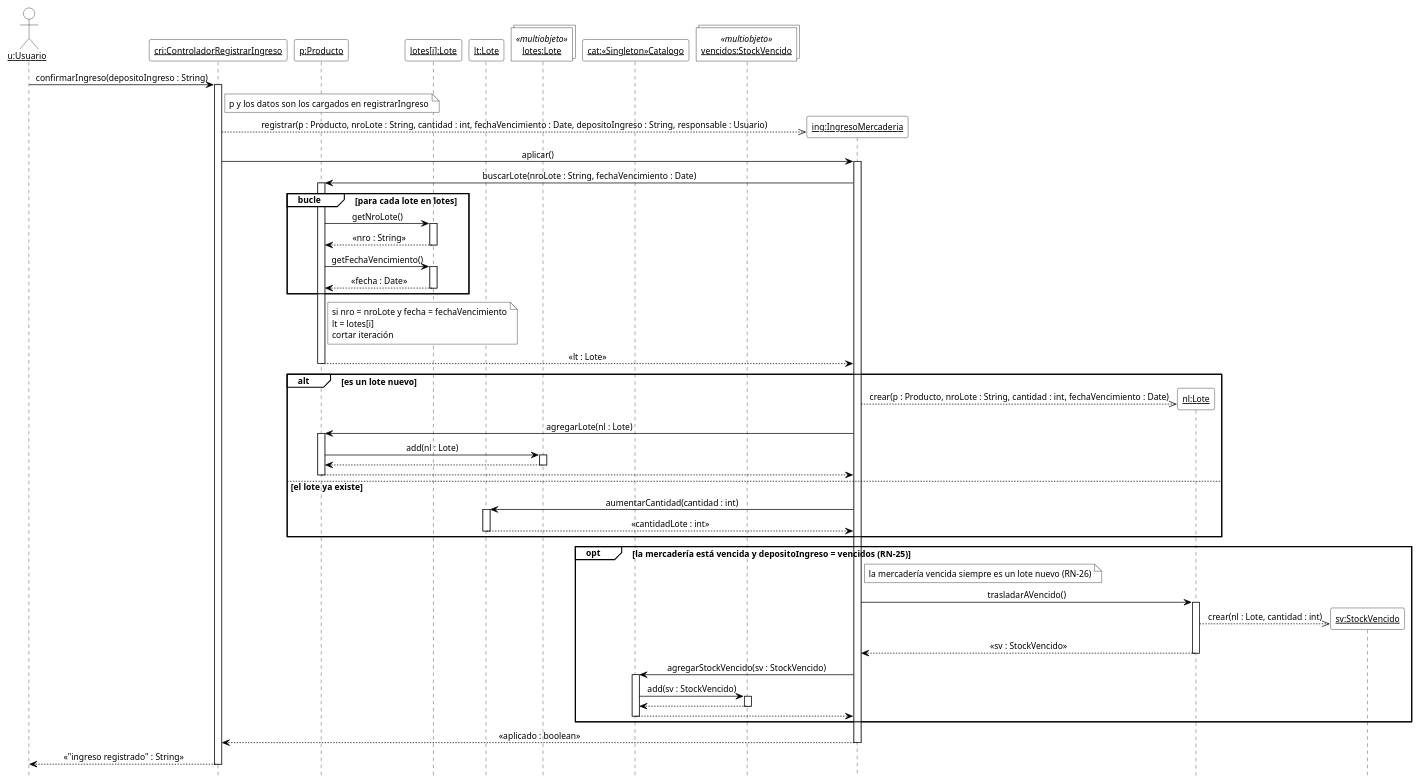
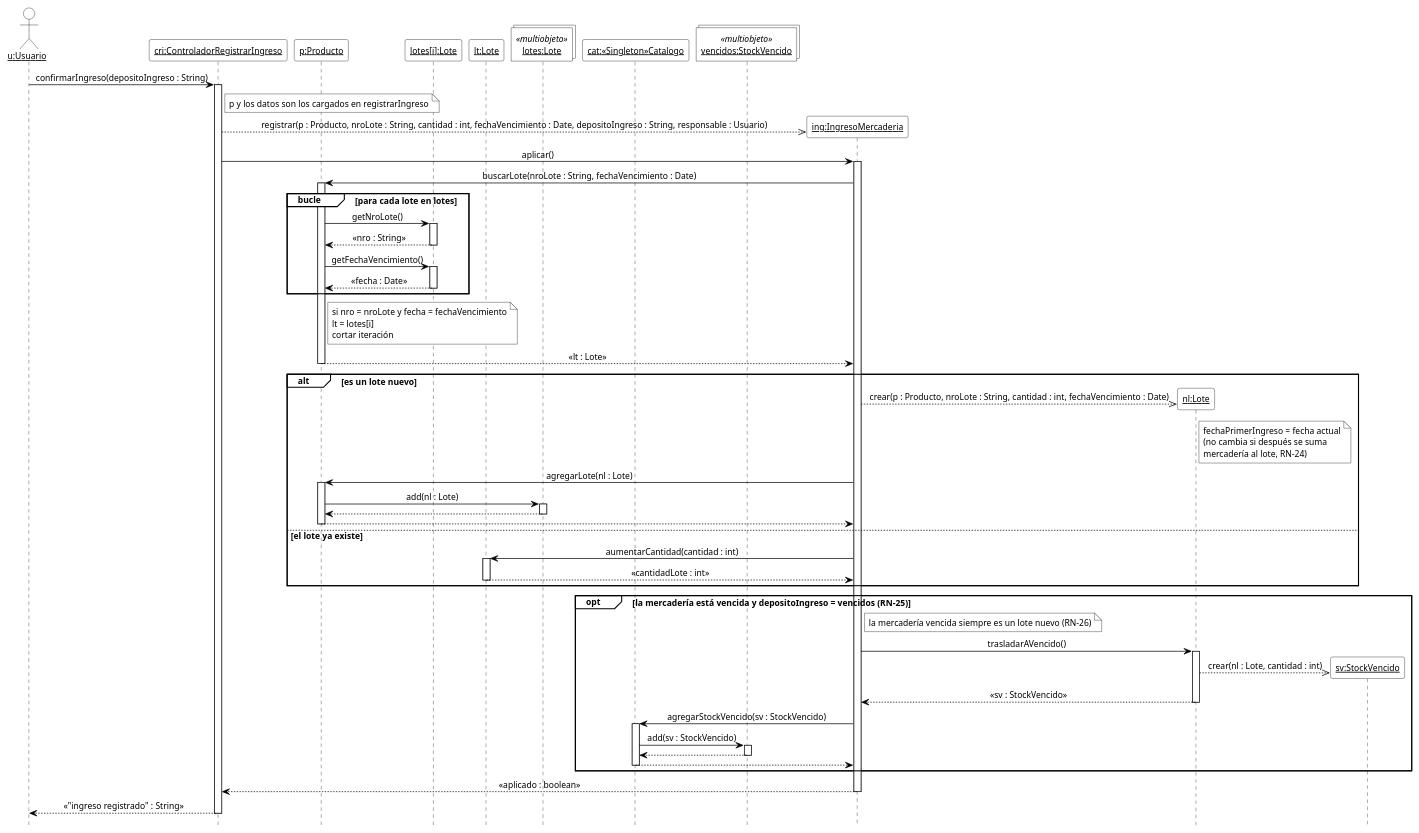
One commit to cirotop/Stock-Project changed diagram 11 of 21 in 08-Diagrama De Secuencia/Diagramas_de_Secuencia.md. Above: the diagram before and after it, drawn with PlantUML. The commit also changed other lines of this file, not shown here.

````diff
--- a/08-Diagrama De Secuencia/Diagramas_de_Secuencia.md
+++ b/08-Diagrama De Secuencia/Diagramas_de_Secuencia.md
@@ -808,78 +808,79 @@
 ```plantuml
 @startuml DSD_CU-05_confirmarIngreso
 ' Diagrama de Secuencia de Diseño (DSD) - CU-05 Registrar ingreso de mercadería - confirmarIngreso
 ' Estilo de los ejemplos de la teoría (introducirArticulo / crearNuevaVenta).
 hide footbox
 skinparam shadowing false
 skinparam defaultFontName Arial
 skinparam defaultFontSize 12
 skinparam sequenceMessageAlign center
 skinparam ArrowColor black
 skinparam ParticipantBackgroundColor white
 skinparam ParticipantBorderColor black
 skinparam CollectionsBackgroundColor white
 skinparam CollectionsBorderColor black
 skinparam ActorBackgroundColor white
 skinparam ActorBorderColor black
 skinparam LifeLineBorderColor black
 skinparam LifeLineBackgroundColor white
 skinparam SequenceGroupBackgroundColor white
 skinparam SequenceGroupBorderColor black
 skinparam SequenceGroupHeaderFontColor black
 skinparam NoteBackgroundColor white
 skinparam NoteBorderColor black
 
 actor "<u>u:Usuario</u>" as u
 participant "<u>cri:ControladorRegistrarIngreso</u>" as cri
 participant "<u>p:Producto</u>" as p
 participant "<u>lotes[i]:Lote</u>" as li
 participant "<u>lt:Lote</u>" as lt
 collections "<u>lotes:Lote</u>" as ml <<multiobjeto>>
 participant "<u>cat:«Singleton»Catalogo</u>" as cat
 collections "<u>vencidos:StockVencido</u>" as mv <<multiobjeto>>
 
 u -> cri ++ : confirmarIngreso(depositoIngreso : String)
 note right of cri : p y los datos son los cargados en registrarIngreso
 create participant "<u>ing:IngresoMercaderia</u>" as ing
 cri -->> ing : registrar(p : Producto, nroLote : String, cantidad : int, fechaVencimiento : Date, depositoIngreso : String, responsable : Usuario)
 cri -> ing ++ : aplicar()
 ing -> p ++ : buscarLote(nroLote : String, fechaVencimiento : Date)
 group bucle [para cada lote en lotes]
   p -> li ++ : getNroLote()
   li --> p -- : «nro : String»
   p -> li ++ : getFechaVencimiento()
   li --> p -- : «fecha : Date»
 end
 note right of p
   si nro = nroLote y fecha = fechaVencimiento
   lt = lotes[i]
   cortar iteración
 end note
 p --> ing -- : «lt : Lote»
 alt es un lote nuevo
   create participant "<u>nl:Lote</u>" as nl
   ing -->> nl : crear(p : Producto, nroLote : String, cantidad : int, fechaVencimiento : Date)
+  note right of nl : fechaPrimerIngreso = fecha actual\n(no cambia si después se suma\nmercadería al lote, RN-24)
   ing -> p ++ : agregarLote(nl : Lote)
   p -> ml ++ : add(nl : Lote)
   ml --> p --
   p --> ing --
 else el lote ya existe
   ing -> lt ++ : aumentarCantidad(cantidad : int)
   lt --> ing -- : «cantidadLote : int»
 end
 opt la mercadería está vencida y depositoIngreso = vencidos (RN-25)
   note right of ing : la mercadería vencida siempre es un lote nuevo (RN-26)
   ing -> nl ++ : trasladarAVencido()
   create participant "<u>sv:StockVencido</u>" as sv
   nl -->> sv : crear(nl : Lote, cantidad : int)
   nl --> ing -- : «sv : StockVencido»
   ing -> cat ++ : agregarStockVencido(sv : StockVencido)
   cat -> mv ++ : add(sv : StockVencido)
   mv --> cat --
   cat --> ing --
 end
 ing --> cri -- : «aplicado : boolean»
 cri --> u -- : «"ingreso registrado" : String»
 
 @enduml
 ```
````
